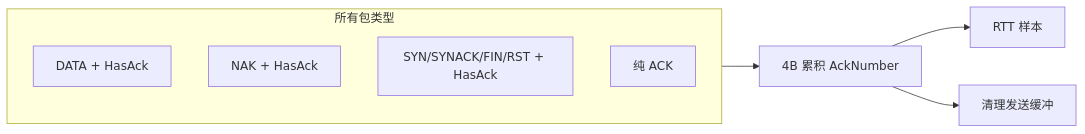
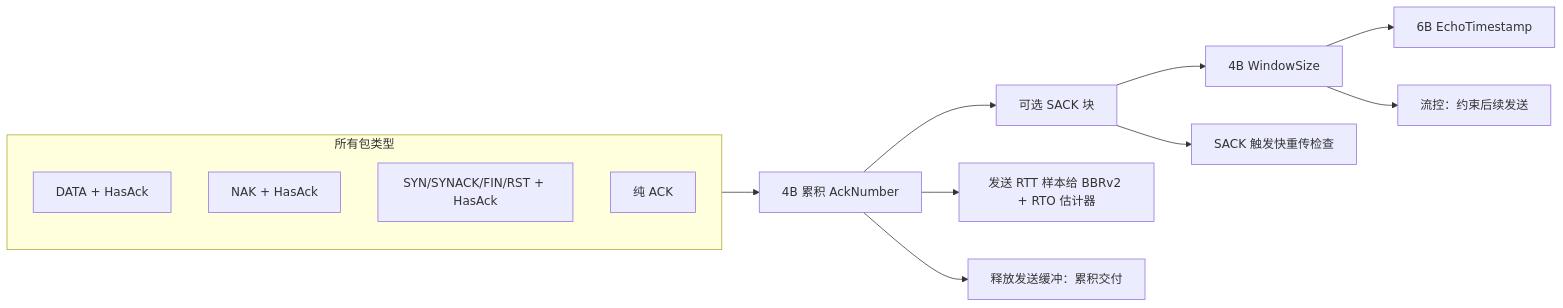
The second of 7 diagrams in docs/protocol_CN.md (liulilittle/ucp), drawn with Mermaid before and after one commit. The commit also changed other lines of this file and 17 other files, not shown here.

````diff
--- a/docs/protocol_CN.md
+++ b/docs/protocol_CN.md
@@ -58,13 +86,19 @@
 ```mermaid
 flowchart LR
     subgraph All[所有包类型]
         Data[DATA + HasAck]
         NAK[NAK + HasAck]
         Control[SYN/SYNACK/FIN/RST + HasAck]
         Pure[纯 ACK]
     end
 
     All --> AckField[4B 累积 AckNumber]
-    AckField --> RTT[RTT 样本]
-    AckField --> Progress[清理发送缓冲]
+    AckField --> SACK[可选 SACK 块]
+    SACK --> Window[4B WindowSize]
+    Window --> Echo[6B EchoTimestamp]
+
+    AckField --> RTT[发送 RTT 样本给 BBRv2 + RTO 估计器]
+    AckField --> Progress[释放发送缓冲：累积交付]
+    SACK --> Recovery[SACK 触发快重传检查]
+    Window --> Flow[流控：约束后续发送]
 ```
````
